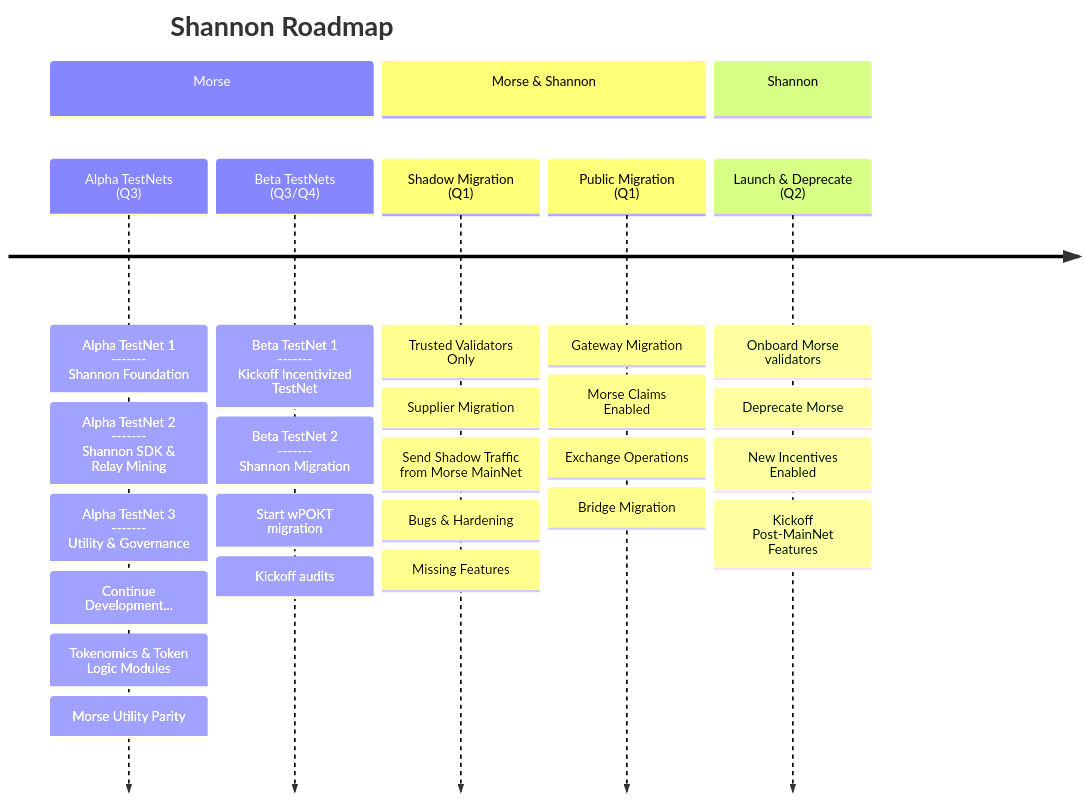
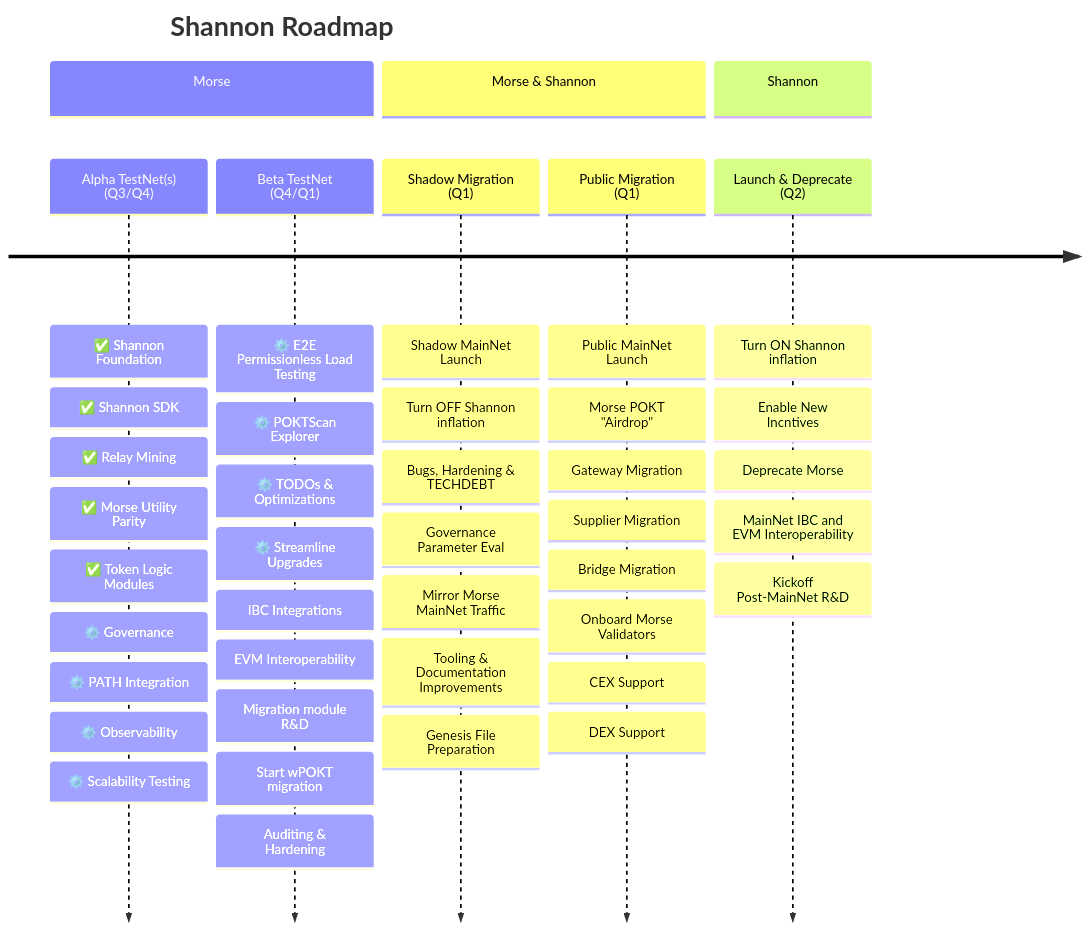
Before and after one commit to pokt-network/poktroll: the diagram in docusaurus/docs/explore/roadmap.md, drawn with Mermaid. The commit also changed other lines of this file and 17 other files, not shown here.

First line of the commit message:
[Docs] E2E Preparation for Beta TestNet release (#932)

````diff
--- a/docusaurus/docs/explore/roadmap.md
+++ b/docusaurus/docs/explore/roadmap.md
@@ -10,35 +15,50 @@
 ```mermaid
 timeline
     title Shannon Roadmap
     section Morse
-      Alpha TestNets <br> (Q3):
-          Alpha TestNet 1 <br> ------- <br> Shannon Foundation:
-          Alpha TestNet 2 <br> ------- <br> Shannon SDK & Relay Mining:
-          Alpha TestNet 3 <br> ------- <br> Utility & Governance:
-          Continue Development...:
-          Tokenomics & Token Logic Modules:
-          Morse Utility Parity
-        Beta TestNets (Q3/Q4):
-          Beta TestNet 1 <br> ------- <br> Kickoff Incentivized TestNet:
-          Beta TestNet 2 <br> ------- <br> Shannon Migration:
-                Start wPOKT migration:
-                Kickoff audits
+      Alpha TestNet(s) <br> (Q3/Q4):
+	      ✅ Shannon Foundation:
+	      ✅ Shannon SDK:
+	      ✅ Relay Mining:
+	      ✅ Morse Utility Parity:
+	      ✅ Token Logic Modules:
+	      ⚙️ Governance:
+	      ⚙️ PATH Integration:
+	      ⚙️ Observability:
+	      ⚙️ Scalability Testing
+	    Beta TestNet (Q4/Q1):
+	      ⚙️  E2E Permissionless Load Testing:
+	      ⚙️  POKTScan Explorer:
+	      ⚙️  TODOs & Optimizations:
+	      ⚙️  Streamline Upgrades:
+	      IBC Integrations:
+	      EVM Interoperability:
+	      Migration module R&D:
+				Start wPOKT migration:
+				Auditing & Hardening
     section Morse & Shannon
-            Shadow Migration <br> (Q1):
-                Trusted Validators Only:
+			Shadow Migration <br> (Q1):
+				Shadow MainNet Launch:
+                Turn OFF Shannon inflation:
+				Bugs, Hardening & TECHDEBT:
+				Governance Parameter Eval:
+				Mirror Morse MainNet Traffic:
+				Tooling & Documentation Improvements:
+				Genesis File Preparation
+			Public Migration <br> (Q1):
+                Public MainNet Launch:
+				Morse POKT "Airdrop":
+				Gateway Migration:
                 Supplier Migration:
-                Send Shadow Traffic from Morse MainNet:
-                Bugs & Hardening:
-                Missing Features
-            Public Migration <br> (Q1):
-                Gateway Migration:
-                Morse Claims Enabled:
-                Exchange Operations:
-                Bridge Migration
+				Bridge Migration:
+				Onboard Morse Validators:
+				CEX Support:
+                DEX Support
     section Shannon
-        Launch & Deprecate <br> (Q2):
-            Onboard Morse validators:
-            Deprecate Morse <br>:
-            New Incentives Enabled:
-            Kickoff Post-MainNet Features
+	    Launch & Deprecate <br> (Q2):
+            Turn ON Shannon inflation:
+		    Enable New Incntives:
+		    Deprecate Morse:
+            MainNet IBC and EVM Interoperability:
+		    Kickoff Post-MainNet R&D
 ```
````
